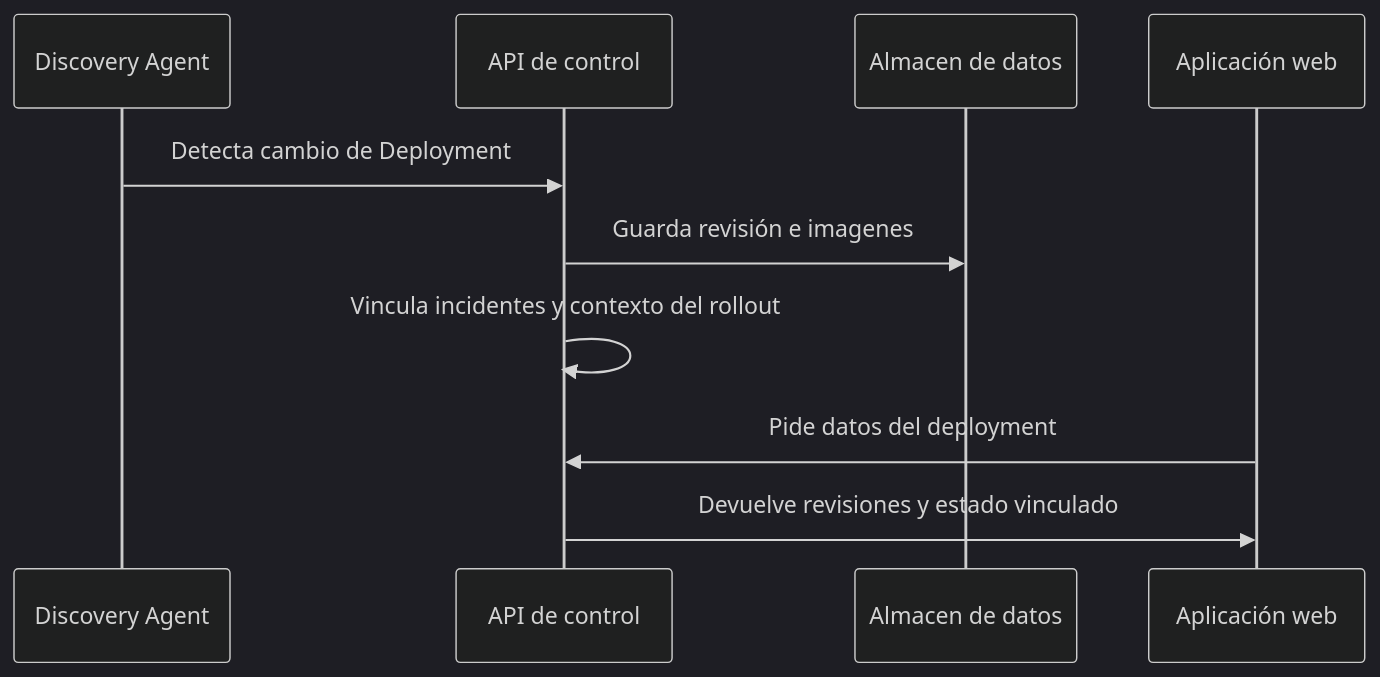
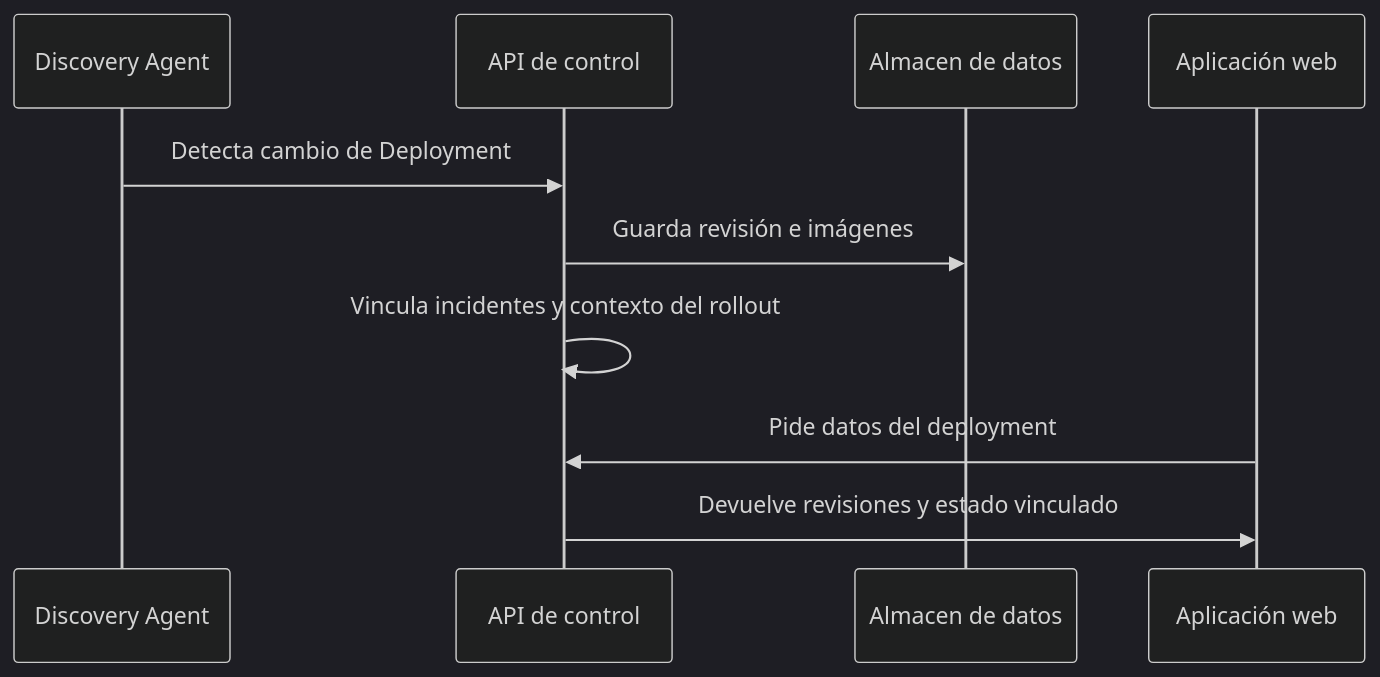
Before and after one commit to Moonin-Lab/Moonin-Docs: the second of 4 diagrams in src/content/docs/es/getting-started/architecture.md, drawn with Mermaid (dark theme). The commit also changed 30 other files, not shown here.

````diff
--- a/src/content/docs/es/getting-started/architecture.md
+++ b/src/content/docs/es/getting-started/architecture.md
@@ -104,13 +104,13 @@
 ```mermaid
 sequenceDiagram
     participant Agent as Discovery Agent
     participant API as API de control
     participant DB as Almacen de datos
     participant Front as Aplicación web
 
     Agent->>API: Detecta cambio de Deployment
-    API->>DB: Guarda revisión e imagenes
+    API->>DB: Guarda revisión e imágenes
     API->>API: Vincula incidentes y contexto del rollout
     Front->>API: Pide datos del deployment
     API->>Front: Devuelve revisiones y estado vinculado
 ```
````
